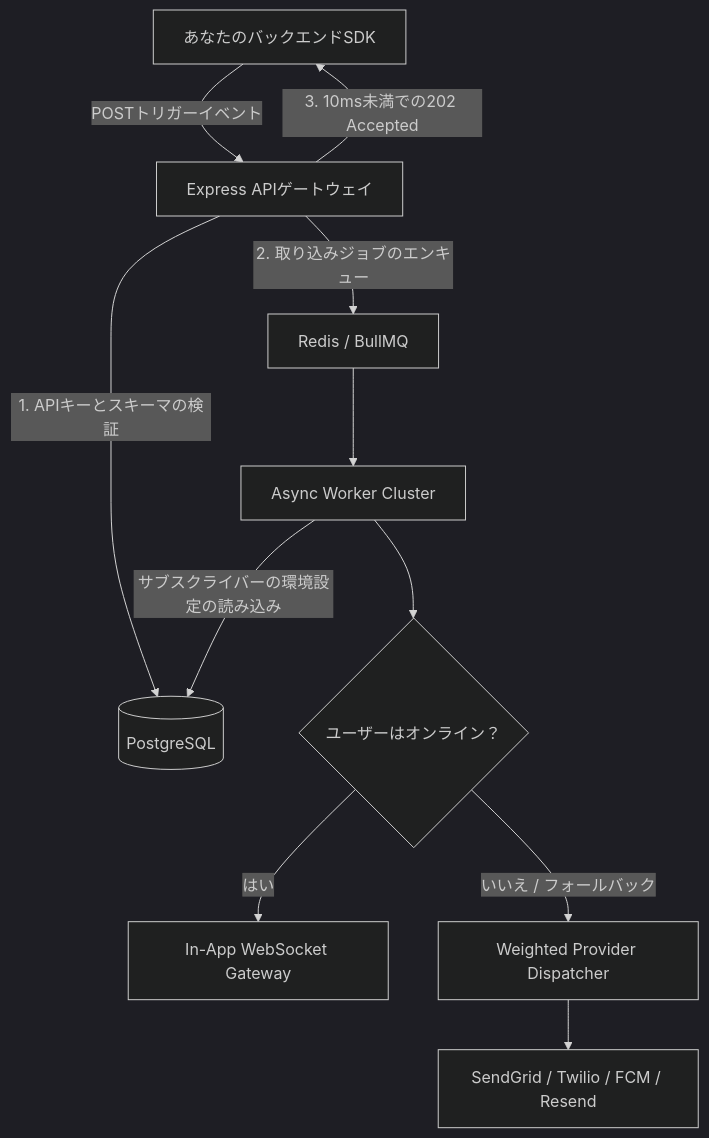
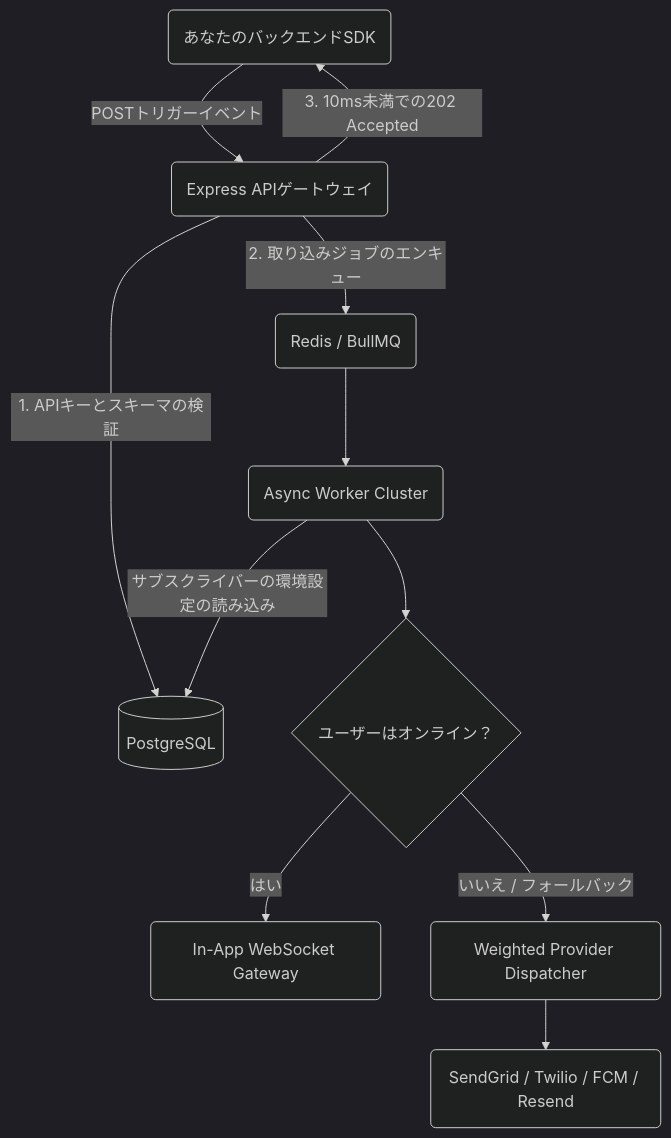
One commit to KriyanshKhunt/nexus_docs changed the diagram in content/docs/ja/platform/index.mdx. Above: the diagram before and after it, drawn with Mermaid (dark theme). The commit also changed 20 other files, not shown here.

Commit message:
Handle ja Mermaid charts

````diff
--- a/content/docs/ja/platform/index.mdx
+++ b/content/docs/ja/platform/index.mdx
@@ -87,13 +87,13 @@
 ```mermaid
 flowchart TD
-    App[あなたのバックエンドSDK] -->|POSTトリガーイベント| API[Express APIゲートウェイ]
+    App(あなたのバックエンドSDK) -->|POSTトリガーイベント| API(Express APIゲートウェイ)
     API -->|1. APIキーとスキーマの検証| DB[(PostgreSQL)]
-    API -->|2. 取り込みジョブのエンキュー| Q[Redis / BullMQ]
+    API -->|2. 取り込みジョブのエンキュー| Q(Redis / BullMQ)
     API -->|3. 10ms未満での202 Accepted| App
-    Q --> Worker[Async Worker Cluster]
+    Q --> Worker(Async Worker Cluster)
     Worker -->|サブスクライバーの環境設定の読み込み| DB
     Worker --> Presence{ユーザーはオンライン？}
-    Presence -->|はい| InApp[In-App WebSocket Gateway]
-    Presence -->|いいえ / フォールバック| Carriers[Weighted Provider Dispatcher]
-    Carriers --> CarrierAPIs[SendGrid / Twilio / FCM / Resend]
+    Presence -->|はい| InApp(In-App WebSocket Gateway)
+    Presence -->|いいえ / フォールバック| Carriers(Weighted Provider Dispatcher)
+    Carriers --> CarrierAPIs(SendGrid / Twilio / FCM / Resend)
 ```
````
